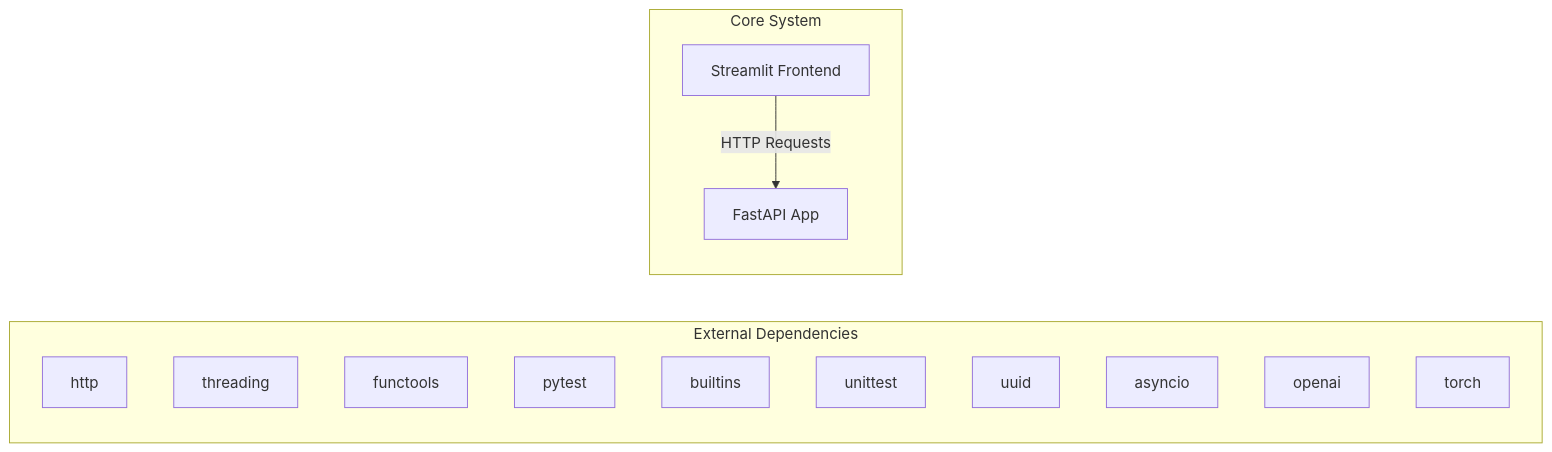
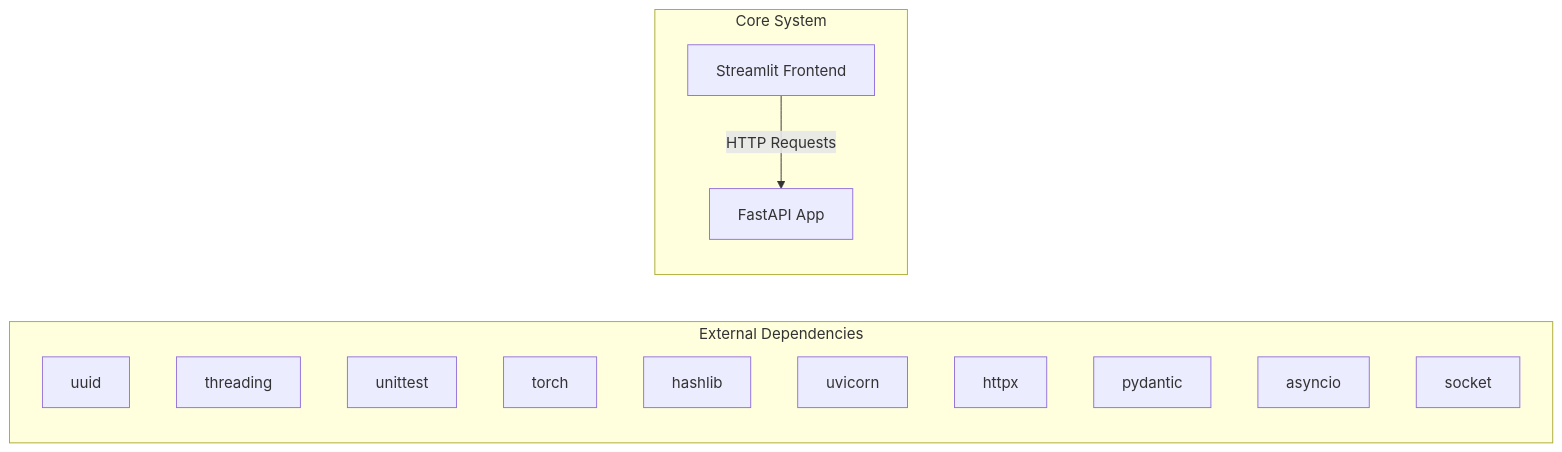
Before and after one commit to NITISH-R-G/rag-context-optimizer: the first of 2 diagrams in docs/architecture.md, drawn with Mermaid. The commit also changed 1 other file, not shown here.

Commit message:
docs: auto-update repository knowledge, architecture diagrams, and documentation

````diff
--- a/docs/architecture.md
+++ b/docs/architecture.md
@@ -7,20 +7,20 @@
 ```mermaid
 graph LR
     subgraph External Dependencies
-        E0["http"]
+        E0["uuid"]
         E1["threading"]
-        E2["functools"]
-        E3["pytest"]
-        E4["builtins"]
-        E5["unittest"]
-        E6["uuid"]
-        E7["asyncio"]
-        E8["openai"]
-        E9["torch"]
+        E2["unittest"]
+        E3["torch"]
+        E4["hashlib"]
+        E5["uvicorn"]
+        E6["httpx"]
+        E7["pydantic"]
+        E8["asyncio"]
+        E9["socket"]
     end
     subgraph Core System
         API["FastAPI App"]
         UI["Streamlit Frontend"]
     end
     UI -->|HTTP Requests| API
 ```
````
